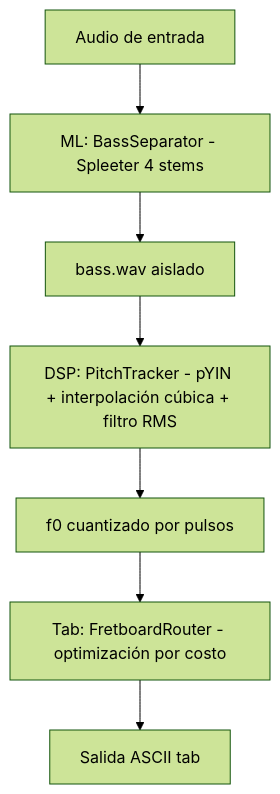
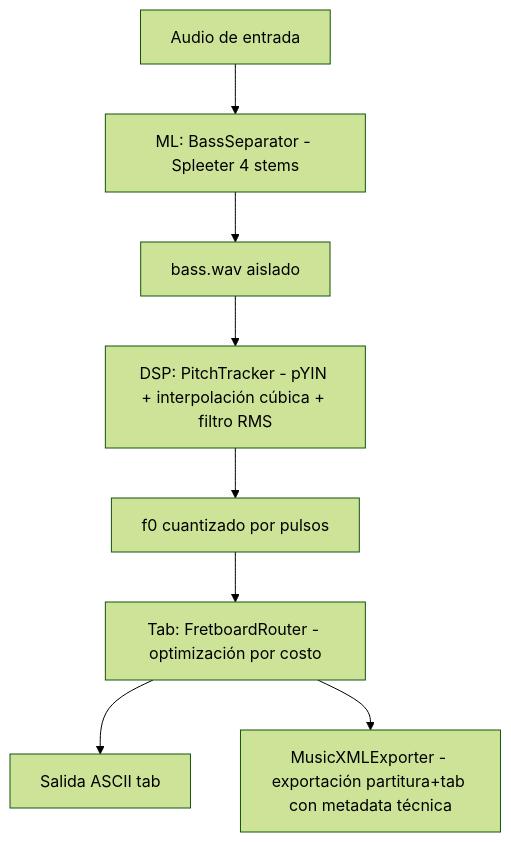
The diagram in README.es.md (blackmetalhans/punkito-tabs-oracle), drawn with Mermaid (forest theme) before and after one commit. The commit also changed other lines of this file and 7 other files, not shown here.

````diff
--- a/README.es.md
+++ b/README.es.md
@@ -19,9 +22,10 @@
 ```mermaid
 flowchart TD
     A[Audio de entrada] --> B[ML: BassSeparator - Spleeter 4 stems]
     B --> C[bass.wav aislado]
     C --> D[DSP: PitchTracker - pYIN + interpolación cúbica + filtro RMS]
     D --> E[f0 cuantizado por pulsos]
     E --> F[Tab: FretboardRouter - optimización por costo]
     F --> G[Salida ASCII tab]
+    F --> H[MusicXMLExporter - exportación partitura+tab con metadata técnica]
 ```
````
